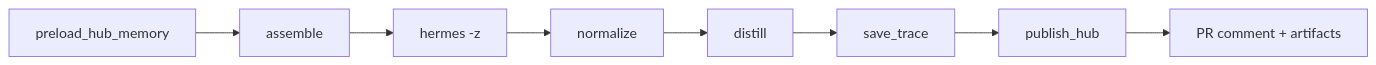
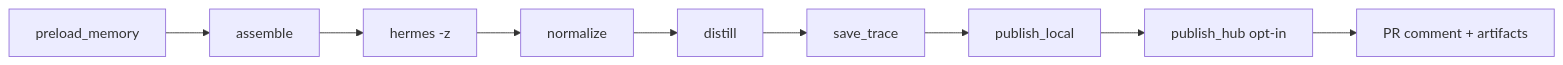
The third of 5 diagrams in README.md (Mr-Ashish/luffy-pr-review-agent), drawn with Mermaid before and after one commit. The commit also changed other lines of this file and 13 other files, not shown here.

First line of the commit message:
fix(ops): F30 memory health visibility + README local-first truth

````diff
--- a/README.md
+++ b/README.md
@@ -92,10 +95,11 @@
 ```mermaid
 flowchart LR
-  A[preload_hub_memory] --> B[assemble]
+  A[preload_memory] --> B[assemble]
   B --> C[hermes -z]
   C --> D[normalize]
   D --> E[distill]
   E --> F[save_trace]
-  F --> G[publish_hub]
-  G --> H[PR comment + artifacts]
+  F --> G[publish_local]
+  G --> H[publish_hub opt-in]
+  H --> I[PR comment + artifacts]
 ```
````
